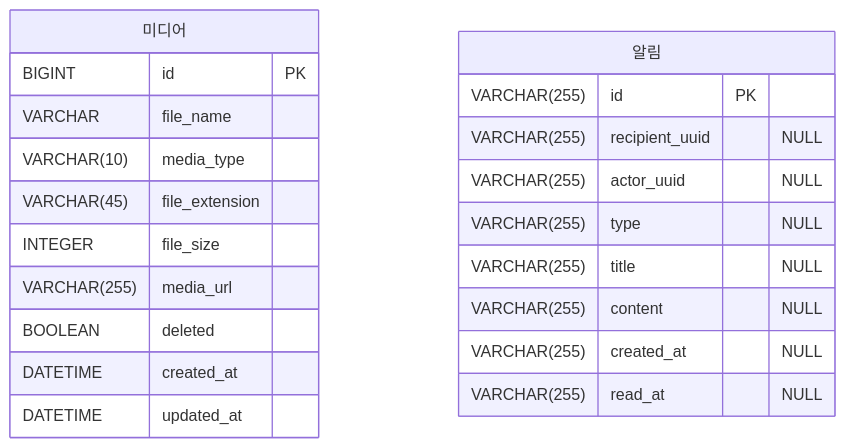
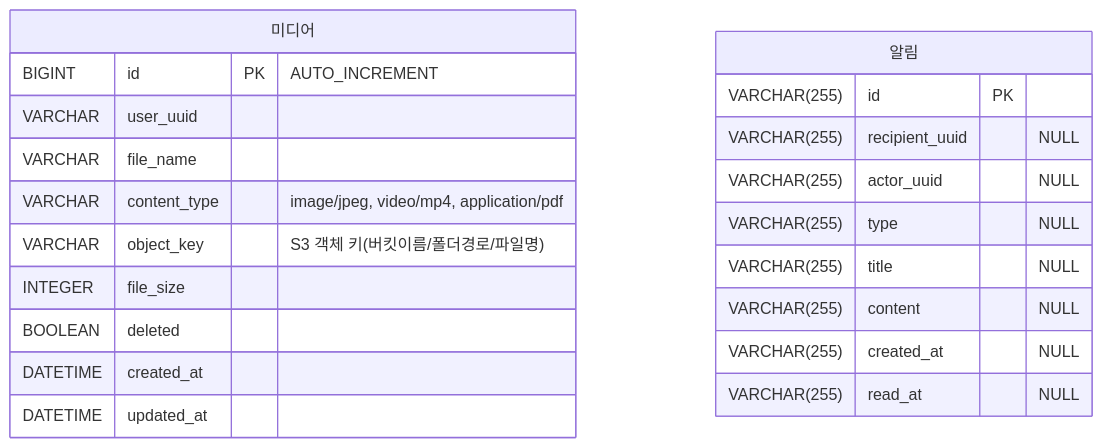
The fourth of 7 diagrams in docs/erd.md (louie-kury/louie-kury-document), drawn with Mermaid before and after one commit. The commit also changed other lines of this file and 4 other files, not shown here.

````diff
--- a/docs/erd.md
+++ b/docs/erd.md
@@ -146,24 +146,24 @@
 ```mermaid
 erDiagram
     "미디어" {
-        BIGINT id PK
+        BIGINT id PK "AUTO_INCREMENT"
+        VARCHAR user_uuid
         VARCHAR file_name
-        VARCHAR(10) media_type
-        VARCHAR(45) file_extension
+        VARCHAR content_type "image/jpeg, video/mp4, application/pdf"
+        VARCHAR object_key "S3 객체 키(버킷이름/폴더경로/파일명)"
         INTEGER file_size
-        VARCHAR(255) media_url
         BOOLEAN deleted
         DATETIME created_at
         DATETIME updated_at
     }
     "알림" {
         VARCHAR(255) id PK
         VARCHAR(255) recipient_uuid "NULL"
         VARCHAR(255) actor_uuid "NULL"
         VARCHAR(255) type "NULL"
         VARCHAR(255) title "NULL"
         VARCHAR(255) content "NULL"
         VARCHAR(255) created_at "NULL"
         VARCHAR(255) read_at "NULL"
     }
 ```
````
